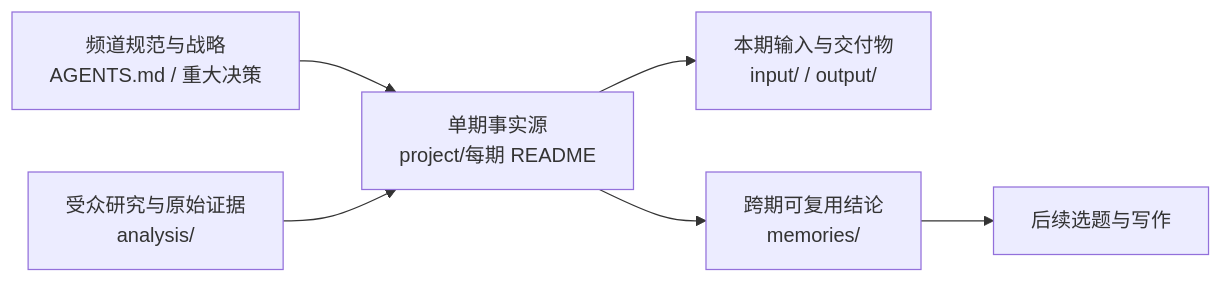
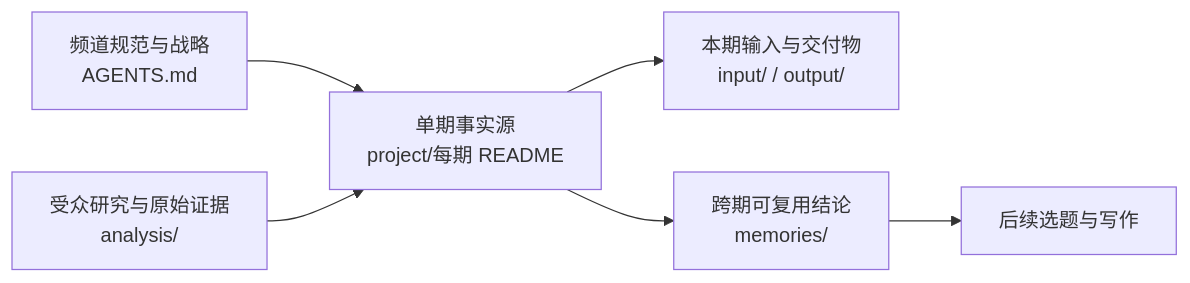
One commit to wq75179-commits/Wayfarer2.0 changed the diagram in README.md. Above: the diagram before and after it, drawn with Mermaid. The commit also changed other lines of this file and 53 other files, not shown here.

````diff
--- a/README.md
+++ b/README.md
@@ -21,8 +21,8 @@
 ```mermaid
 flowchart LR
-    A["频道规范与战略<br/>AGENTS.md / 重大决策"] --> B["单期事实源<br/>project/每期 README"]
+    A["频道规范与战略<br/>AGENTS.md"] --> B["单期事实源<br/>project/每期 README"]
     C["受众研究与原始证据<br/>analysis/"] --> B
     B --> D["本期输入与交付物<br/>input/ / output/"]
     B --> E["跨期可复用结论<br/>memories/"]
     E --> F["后续选题与写作"]
 ```
````
